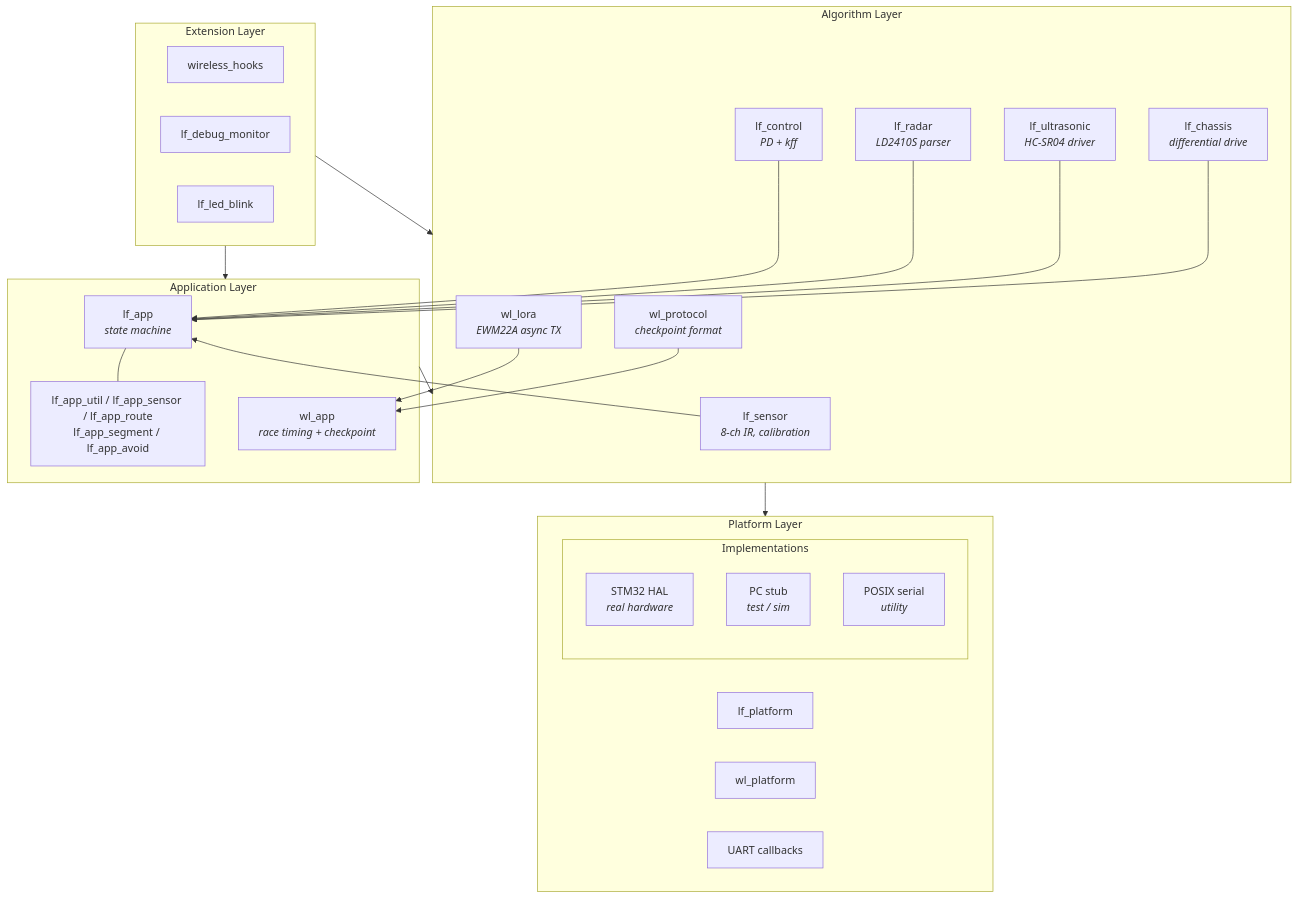
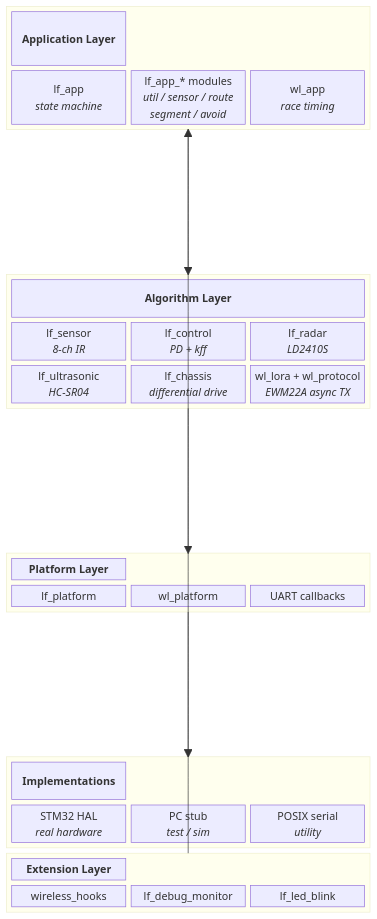
The first of 3 diagrams in README.md (AndingDrLin/TDPS), drawn with Mermaid before and after one commit. The commit also changed other lines of this file, not shown here.

First line of the commit message:
docs: redesign Mermaid diagrams for clarity

````diff
--- a/README.md
+++ b/README.md
@@ -26,49 +26,59 @@
 ```mermaid
-graph TB
-    subgraph Application["Application Layer"]
-        LF_APP["lf_app<br/><i>state machine</i>"]
-        LF_APP_MOD["lf_app_util / lf_app_sensor / lf_app_route<br/>lf_app_segment / lf_app_avoid"]
-        WL_APP["wl_app<br/><i>race timing + checkpoint</i>"]
-        LF_APP --- LF_APP_MOD
+block-beta
+    columns 3
+
+    block:app:3
+        columns 3
+        A_TITLE["<b>Application Layer</b>"]:3
+        LF_APP["lf_app\n<i>state machine</i>"]
+        LF_MOD["lf_app_* modules\n<i>util / sensor / route\nsegment / avoid</i>"]
+        WL_APP["wl_app\n<i>race timing</i>"]
     end
 
-    subgraph Algorithm["Algorithm Layer"]
-        LF_SENSOR["lf_sensor<br/><i>8-ch IR, calibration</i>"]
-        LF_CTRL["lf_control<br/><i>PD + kff</i>"]
-        LF_RADAR["lf_radar<br/><i>LD2410S parser</i>"]
-        LF_US["lf_ultrasonic<br/><i>HC-SR04 driver</i>"]
-        LF_CHASSIS["lf_chassis<br/><i>differential drive</i>"]
-        WL_LORA["wl_lora<br/><i>EWM22A async TX</i>"]
-        WL_PROTO["wl_protocol<br/><i>checkpoint format</i>"]
+    space:3
+
+    block:algo:3
+        columns 3
+        B_TITLE["<b>Algorithm Layer</b>"]:3
+        LF_SENSOR["lf_sensor\n<i>8-ch IR</i>"]
+        LF_CTRL["lf_control\n<i>PD + kff</i>"]
+        LF_RADAR["lf_radar\n<i>LD2410S</i>"]
+        LF_US["lf_ultrasonic\n<i>HC-SR04</i>"]
+        LF_CHASSIS["lf_chassis\n<i>differential drive</i>"]
+        WL_LORA["wl_lora + wl_protocol\n<i>EWM22A async TX</i>"]
     end
 
-    subgraph Platform["Platform Layer"]
+    space:3
+
+    block:plat:3
+        columns 3
+        C_TITLE["<b>Platform Layer</b>"]:3
         LF_PLAT["lf_platform"]
         WL_PLAT["wl_platform"]
         UART_CB["UART callbacks"]
-        subgraph Impl["Implementations"]
-            STM32["STM32 HAL<br/><i>real hardware</i>"]
-            STUB["PC stub<br/><i>test / sim</i>"]
-            POSIX["POSIX serial<br/><i>utility</i>"]
-        end
     end
 
-    subgraph Extension["Extension Layer"]
+    space:3
+
+    block:impl:3
+        columns 3
+        D_TITLE["<b>Implementations</b>"]:3
+        STM32["STM32 HAL\n<i>real hardware</i>"]
+        STUB["PC stub\n<i>test / sim</i>"]
+        POSIX["POSIX serial\n<i>utility</i>"]
+    end
+
+    app --> algo
+    algo --> plat
+    plat --> impl
+
+    block:ext:3
+        columns 3
+        E_TITLE["<b>Extension Layer</b>"]:3
         WH["wireless_hooks"]
         DM["lf_debug_monitor"]
         LED["lf_led_blink"]
     end
 
-    Application --> Algorithm
-    Algorithm --> Platform
-    Extension --> Application
-    Extension --> Algorithm
-
-    LF_SENSOR --> LF_APP
-    LF_CTRL --> LF_APP
-    LF_RADAR --> LF_APP
-    LF_US --> LF_APP
-    LF_CHASSIS --> LF_APP
-    WL_LORA --> WL_APP
-    WL_PROTO --> WL_APP
+    ext --> app
 ```
````
